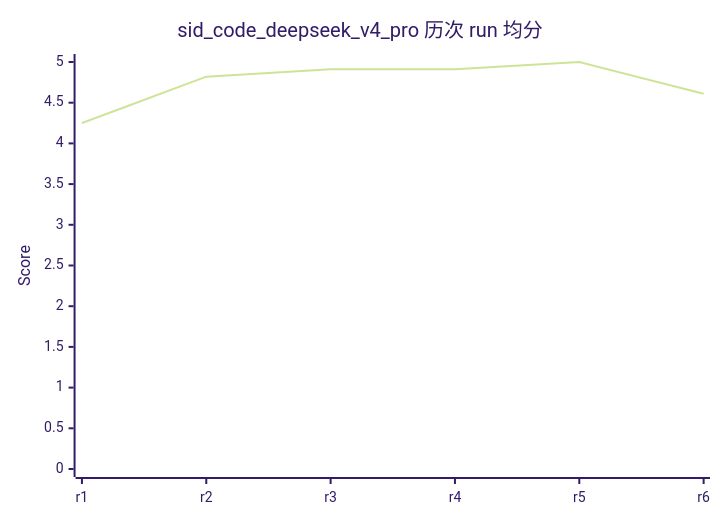
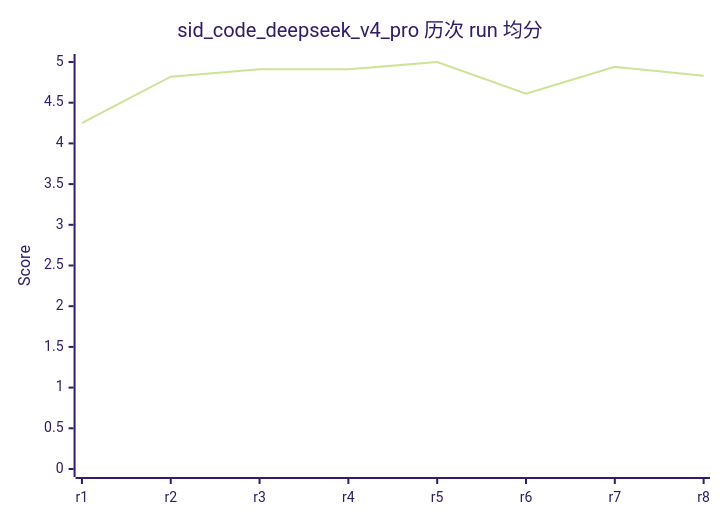
One commit to rushengzhou/sid-code changed the seventh of 58 diagrams in evals/DASHBOARD.md. Above: the diagram before and after it, drawn with Mermaid (forest theme). The commit also changed other lines of this file and 57 other files, not shown here.

````diff
--- a/evals/DASHBOARD.md
+++ b/evals/DASHBOARD.md
@@ -210,7 +212,7 @@
 ```mermaid
 xychart-beta
     title "sid_code_deepseek_v4_pro 历次 run 均分"
-    x-axis [r1, r2, r3, r4, r5, r6]
+    x-axis [r1, r2, r3, r4, r5, r6, r7, r8]
     y-axis "Score" 0 --> 5
-    line [4.25, 4.82, 4.91, 4.91, 5.00, 4.61]
+    line [4.25, 4.82, 4.91, 4.91, 5.00, 4.61, 4.94, 4.83]
 ```
````
